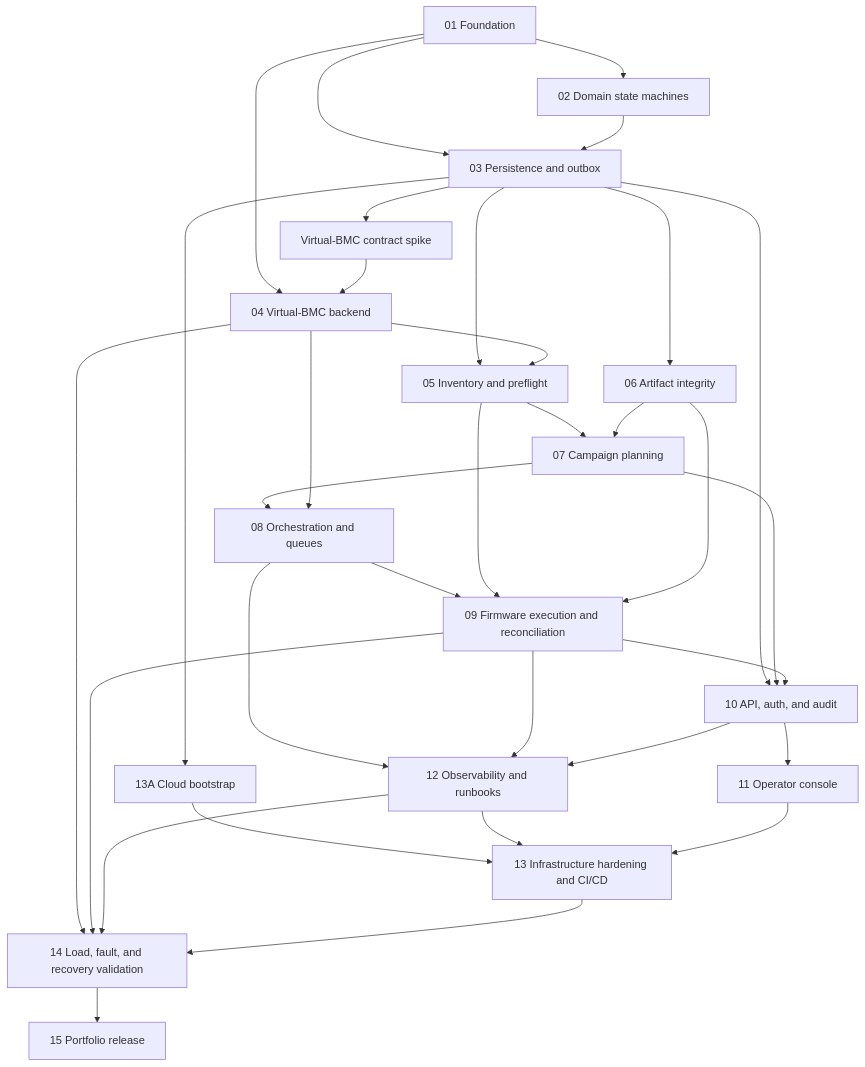
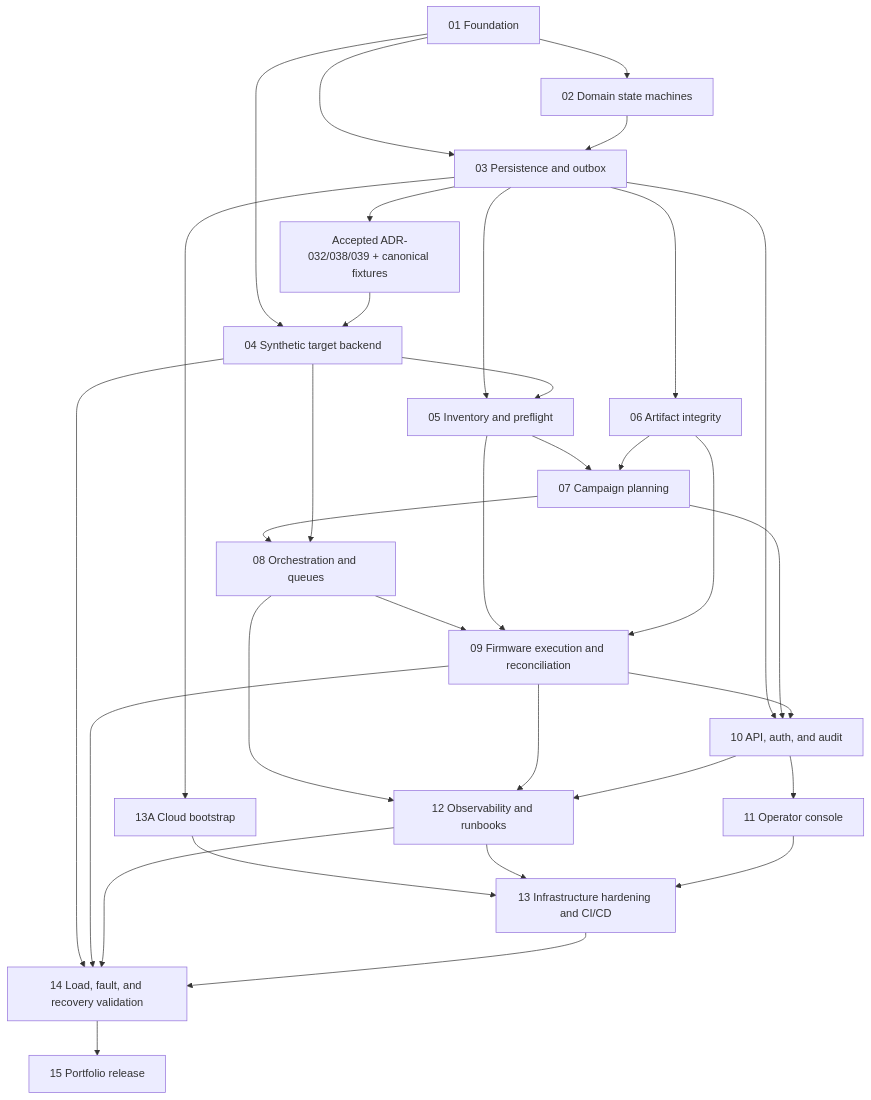
The diagram in docs/implementation-plan/README.md (parth10-05/FleetForge), drawn with Mermaid before and after one commit. The commit also changed other lines of this file and 64 other files, not shown here.

Commit message:
docs: align architecture with synthetic target backend

````diff
--- a/docs/implementation-plan/README.md
+++ b/docs/implementation-plan/README.md
@@ -41,35 +51,35 @@
 ```mermaid
 flowchart TD
   P01[01 Foundation] --> P02[02 Domain state machines]
   P01 --> P03[03 Persistence and outbox]
   P01 --> P04[04 Redfish simulator]
   P02 --> P03
   P03 --> P13A[13A Cloud bootstrap]
-  P03 --> VBCS[Virtual-BMC contract spike]
-  VBCS --> P04[04 Virtual-BMC backend]
+  P03 --> CONTRACT[Accepted ADR-032/038/039 + canonical fixtures]
+  CONTRACT --> P04[04 Synthetic target backend]
   P03 --> P05[05 Inventory and preflight]
   P04 --> P05
   P03 --> P06[06 Artifact integrity]
   P05 --> P07[07 Campaign planning]
   P06 --> P07
   P07 --> P08[08 Orchestration and queues]
   P04 --> P08
   P08 --> P09[09 Firmware execution and reconciliation]
   P05 --> P09
   P06 --> P09
   P03 --> P10[10 API, auth, and audit]
   P07 --> P10
   P09 --> P10
   P10 --> P11[11 Operator console]
   P08 --> P12[12 Observability and runbooks]
   P09 --> P12
   P10 --> P12
   P13A --> P13[13 Infrastructure hardening and CI/CD]
   P12 --> P13
   P11 --> P13
   P04 --> P14[14 Load, fault, and recovery validation]
   P09 --> P14
   P12 --> P14
   P13 --> P14
   P14 --> P15[15 Portfolio release]
 ```
````
